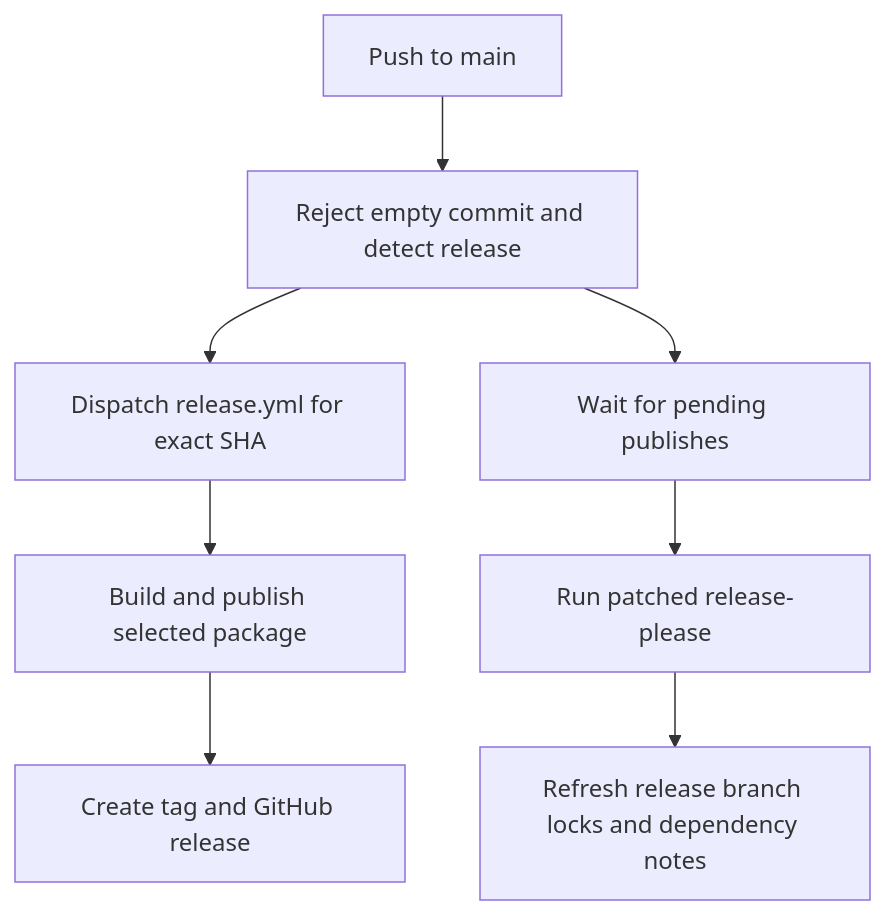
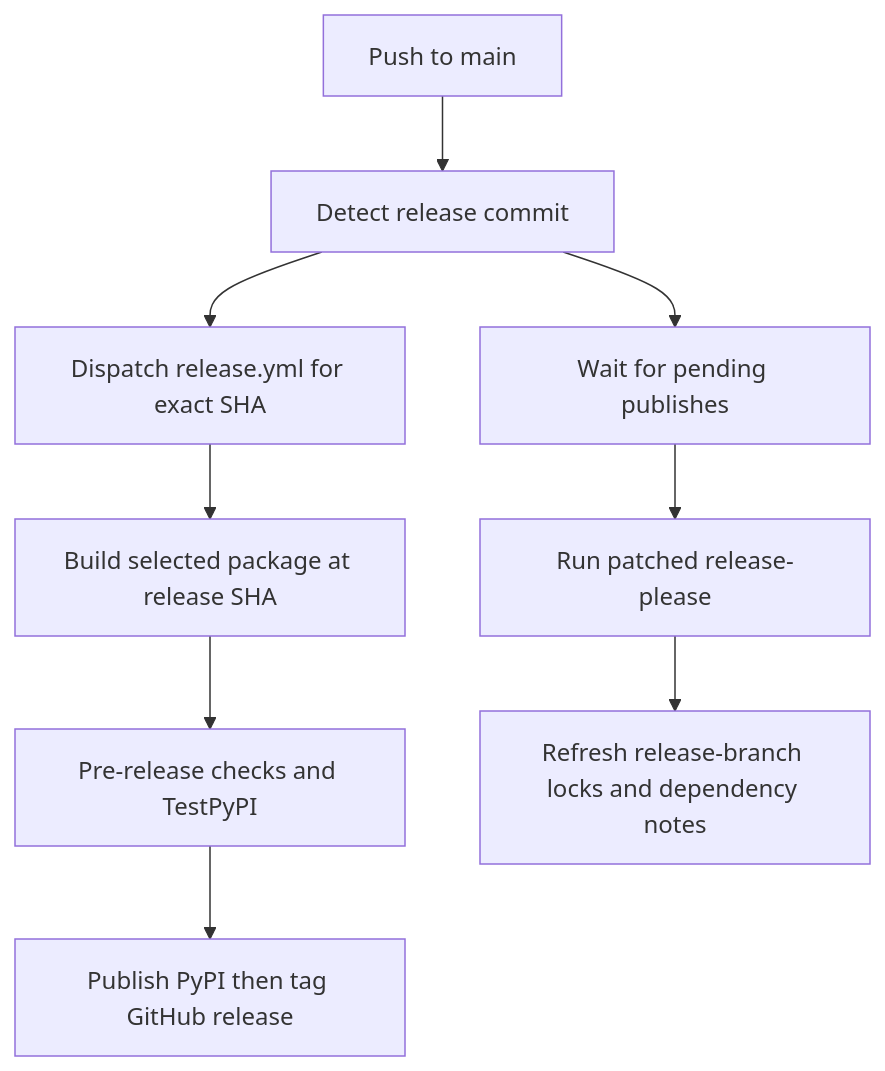
The third of 3 diagrams in openwiki/operations/development.md (langchain-ai/deepagents), drawn with Mermaid before and after one commit. The commit also changed other lines of this file and 34 other files, not shown here.

````diff
--- a/openwiki/operations/development.md
+++ b/openwiki/operations/development.md
@@ -160,10 +160,11 @@
 ```mermaid
 flowchart TD
-    Push["Push to main"] --> Detect["Reject empty commit and detect release"]
+    Push["Push to main"] --> Detect["Detect release commit"]
     Detect --> Dispatch["Dispatch release.yml for exact SHA"]
     Detect --> Wait["Wait for pending publishes"]
-    Dispatch --> Publish["Build and publish selected package"]
-    Publish --> Tagged["Create tag and GitHub release"]
+    Dispatch --> Build["Build selected package at release SHA"]
+    Build --> Checks["Pre-release checks and TestPyPI"]
+    Checks --> Publish["Publish PyPI then tag GitHub release"]
     Wait --> Runner["Run patched release-please"]
-    Runner --> Locks["Refresh release branch locks and dependency notes"]
+    Runner --> Locks["Refresh release-branch locks and dependency notes"]
 ```
````
